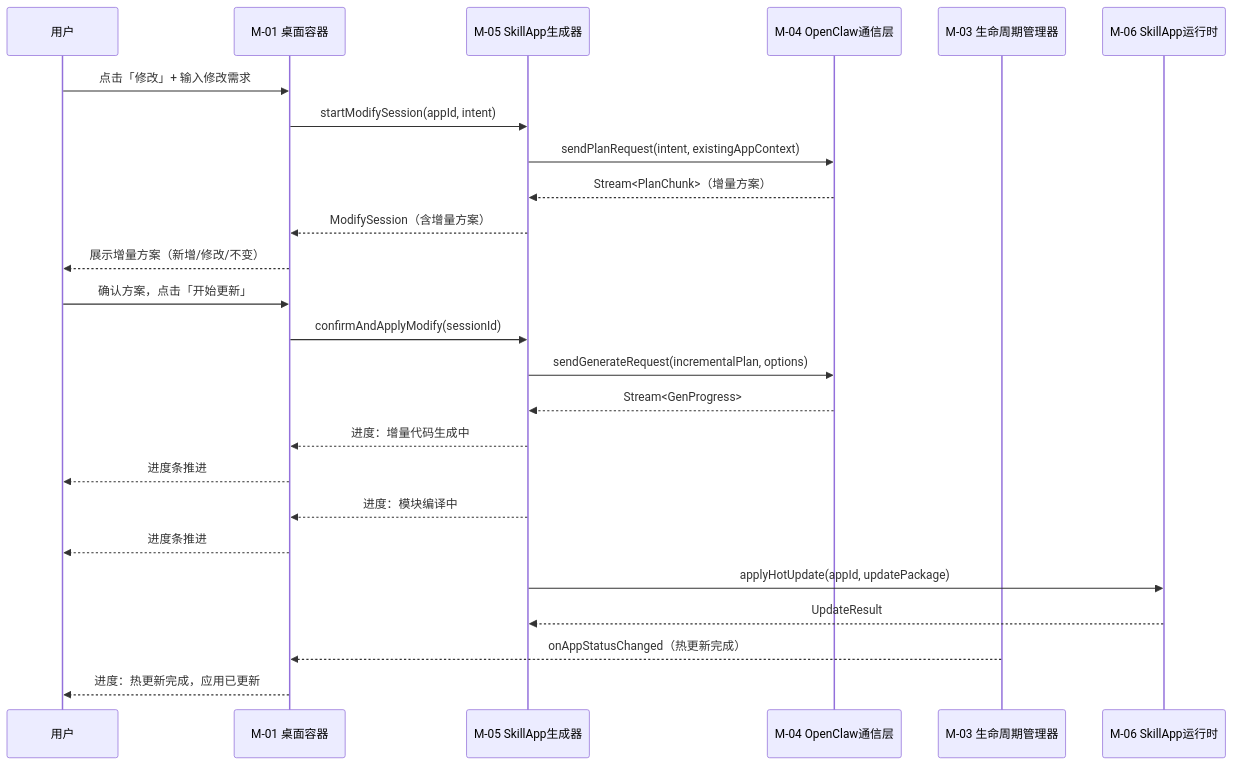
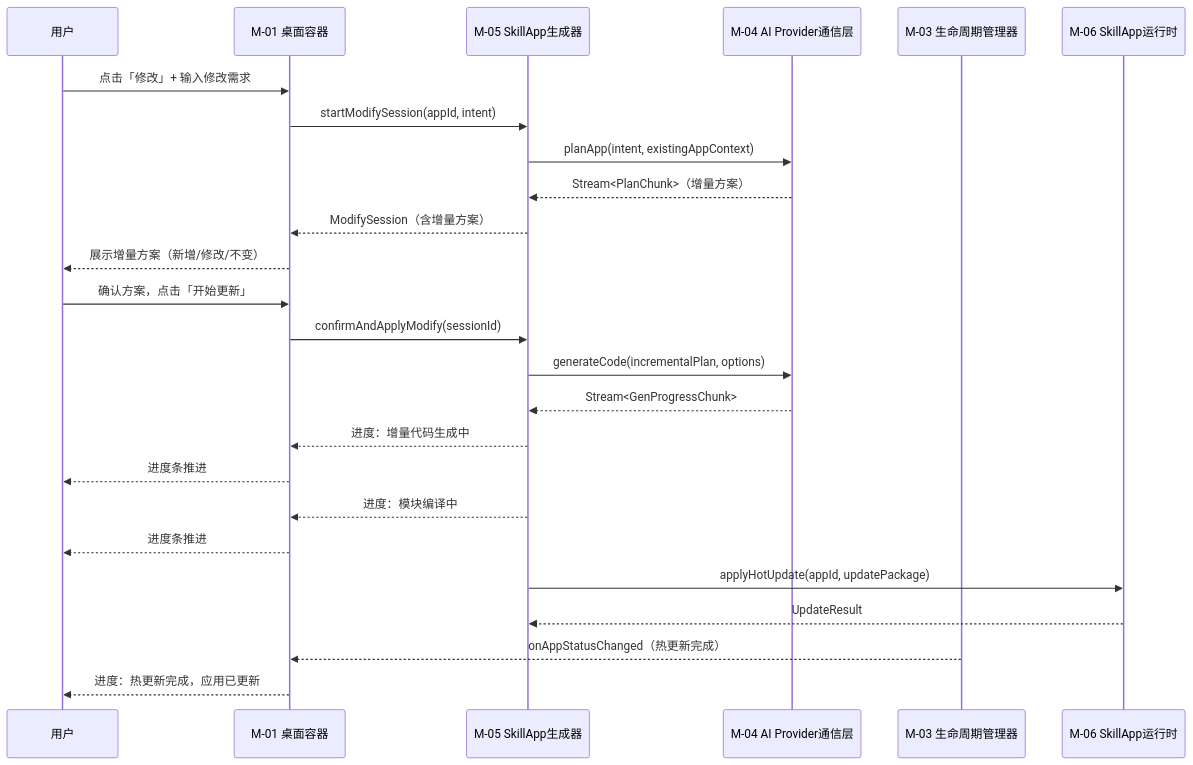
Before and after one commit to digimads-lab/intent-os: the second of 3 diagrams in docs/modules.md, drawn with Mermaid. The commit also changed other lines of this file, not shown here.

````diff
--- a/docs/modules.md
+++ b/docs/modules.md
@@ -364,29 +369,29 @@
 ```mermaid
 sequenceDiagram
     participant U as 用户
     participant M01 as M-01 桌面容器
     participant M05 as M-05 SkillApp生成器
-    participant M04 as M-04 OpenClaw通信层
+    participant M04 as M-04 AI Provider通信层
     participant M03 as M-03 生命周期管理器
     participant M06 as M-06 SkillApp运行时
 
     U->>M01: 点击「修改」+ 输入修改需求
     M01->>M05: startModifySession(appId, intent)
-    M05->>M04: sendPlanRequest(intent, existingAppContext)
+    M05->>M04: planApp(intent, existingAppContext)
     M04-->>M05: Stream<PlanChunk>（增量方案）
     M05-->>M01: ModifySession（含增量方案）
     M01-->>U: 展示增量方案（新增/修改/不变）
 
     U->>M01: 确认方案，点击「开始更新」
     M01->>M05: confirmAndApplyModify(sessionId)
-    M05->>M04: sendGenerateRequest(incrementalPlan, options)
-    M04-->>M05: Stream<GenProgress>
+    M05->>M04: generateCode(incrementalPlan, options)
+    M04-->>M05: Stream<GenProgressChunk>
     M05-->>M01: 进度：增量代码生成中
     M01-->>U: 进度条推进
     M05-->>M01: 进度：模块编译中
     M01-->>U: 进度条推进
     M05->>M06: applyHotUpdate(appId, updatePackage)
     M06-->>M05: UpdateResult
     M03-->>M01: onAppStatusChanged（热更新完成）
     M01-->>U: 进度：热更新完成，应用已更新
 ```
````
